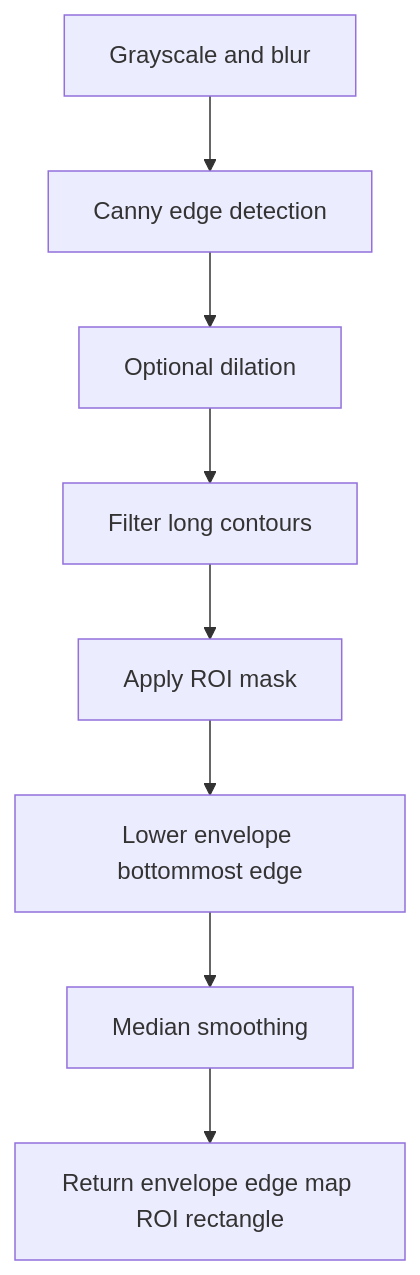
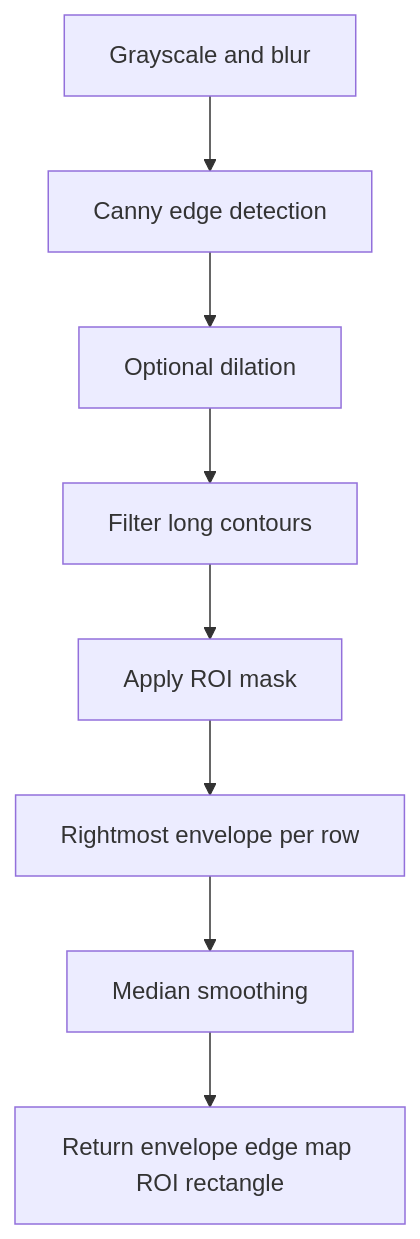
One commit to RishWijewardhena/vision-textile-inspection-curved changed the sixth of 6 diagrams in doc/image_processor_flow.md. Above: the diagram before and after it, drawn with Mermaid. The commit also changed other lines of this file, not shown here.

Commit message:
fix(image_processor_flow): clarify edge distance source selection and update flowchart details

````diff
--- a/doc/image_processor_flow.md
+++ b/doc/image_processor_flow.md
@@ -214,10 +210,10 @@
 ```mermaid
 flowchart TD
     A[Grayscale and blur] --> B[Canny edge detection]
     B --> C[Optional dilation]
     C --> D[Filter long contours]
     D --> E[Apply ROI mask]
-    E --> F[Lower envelope bottommost edge]
+    E --> F[Rightmost envelope per row]
     F --> G[Median smoothing]
     G --> H[Return envelope edge map ROI rectangle]
 ```
````
